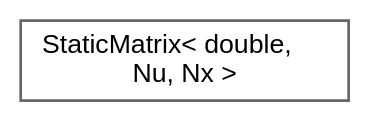
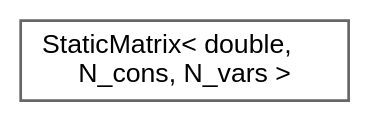
Before and after one commit to jswoo0615/Algorithms_for_Optimization_cpp: the diagram in inherit_graph_93.dot, drawn with Graphviz. The commit also changed 134 other files, not shown here.

```diff
--- a/inherit_graph_93.dot
+++ b/inherit_graph_93.dot
@@ -1,9 +1,9 @@
 digraph "Graphical Class Hierarchy"
 {
  // LATEX_PDF_SIZE
   bgcolor="transparent";
   edge [fontname=Helvetica,fontsize=10,labelfontname=Helvetica,labelfontsize=10];
   node [fontname=Helvetica,fontsize=10,shape=box,height=0.2,width=0.4];
   rankdir="LR";
-  Node0 [id="Node000000",label="StaticMatrix\< double,\l Nu, Nx \>",height=0.2,width=0.4,color="grey40", fillcolor="white", style="filled",URL="$classStaticMatrix.html",tooltip=" "];
+  Node0 [id="Node000000",label="StaticMatrix\< double,\l N_cons, N_vars \>",height=0.2,width=0.4,color="grey40", fillcolor="white", style="filled",URL="$classStaticMatrix.html",tooltip=" "];
 }
```
